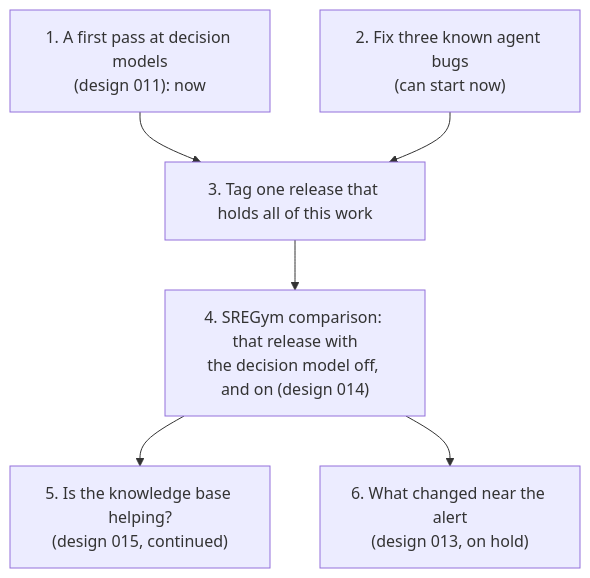
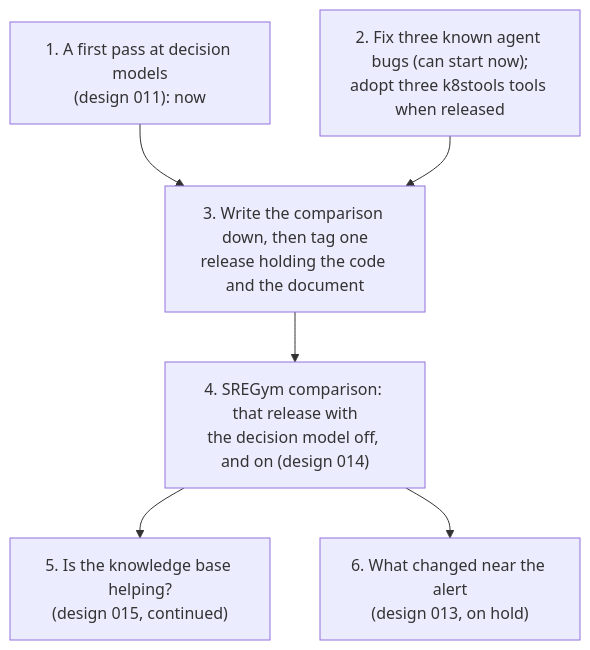
One commit to BenedatLLC/k8srca changed the diagram in docs/todo.md. Above: the diagram before and after it, drawn with Mermaid. The commit also changed other lines of this file and 29 other files, not shown here.

````diff
--- a/docs/todo.md
+++ b/docs/todo.md
@@ -63,14 +63,14 @@
 ```mermaid
 flowchart TD
   J["1. A first pass at decision models<br/>(design 011): now"]
-  F["2. Fix three known agent bugs<br/>(can start now)"]
-  T["3. Tag one release that holds all of this work"]
+  F["2. Fix three known agent bugs (can start now);<br/>adopt three k8stools tools when released"]
+  T["3. Write the comparison down, then tag one<br/>release holding the code and the document"]
   S["4. SREGym comparison: that release with<br/>the decision model off, and on (design 014)"]
   K["5. Is the knowledge base helping?<br/>(design 015, continued)"]
   W["6. What changed near the alert<br/>(design 013, on hold)"]
   J --> T
   F --> T
   T --> S
   S --> K
   S --> W
 ```
````
